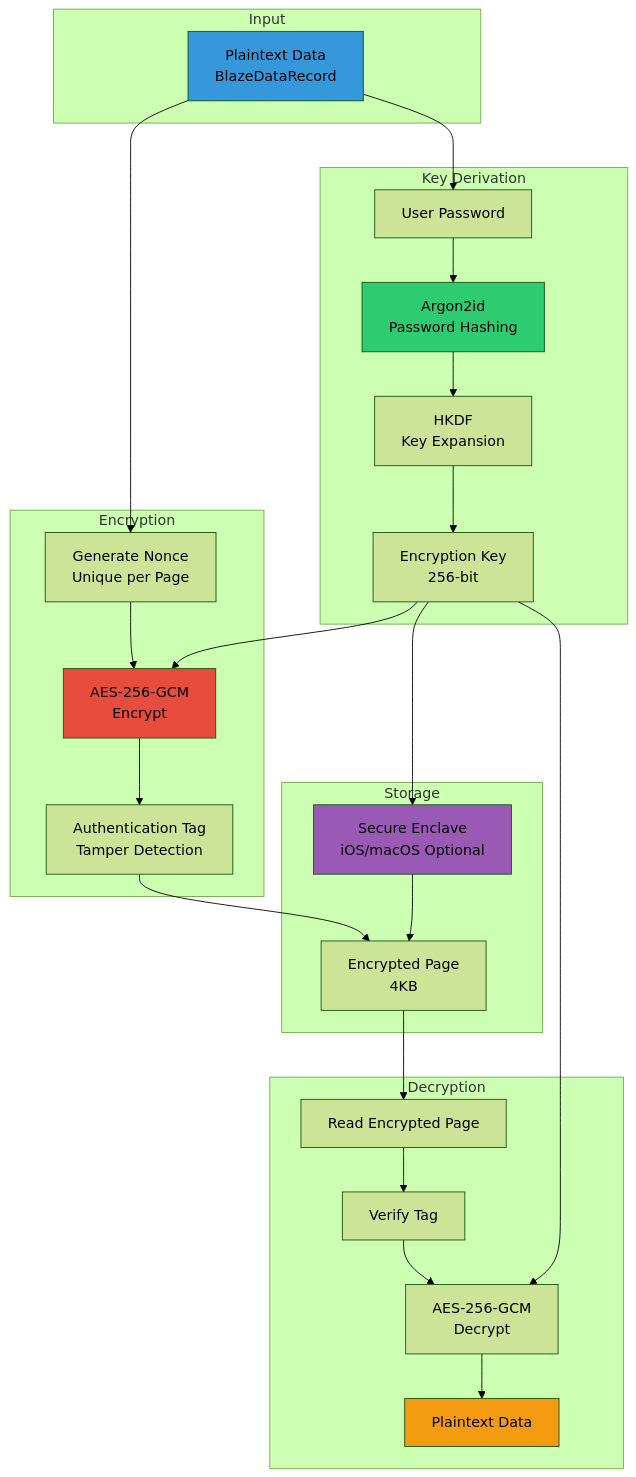
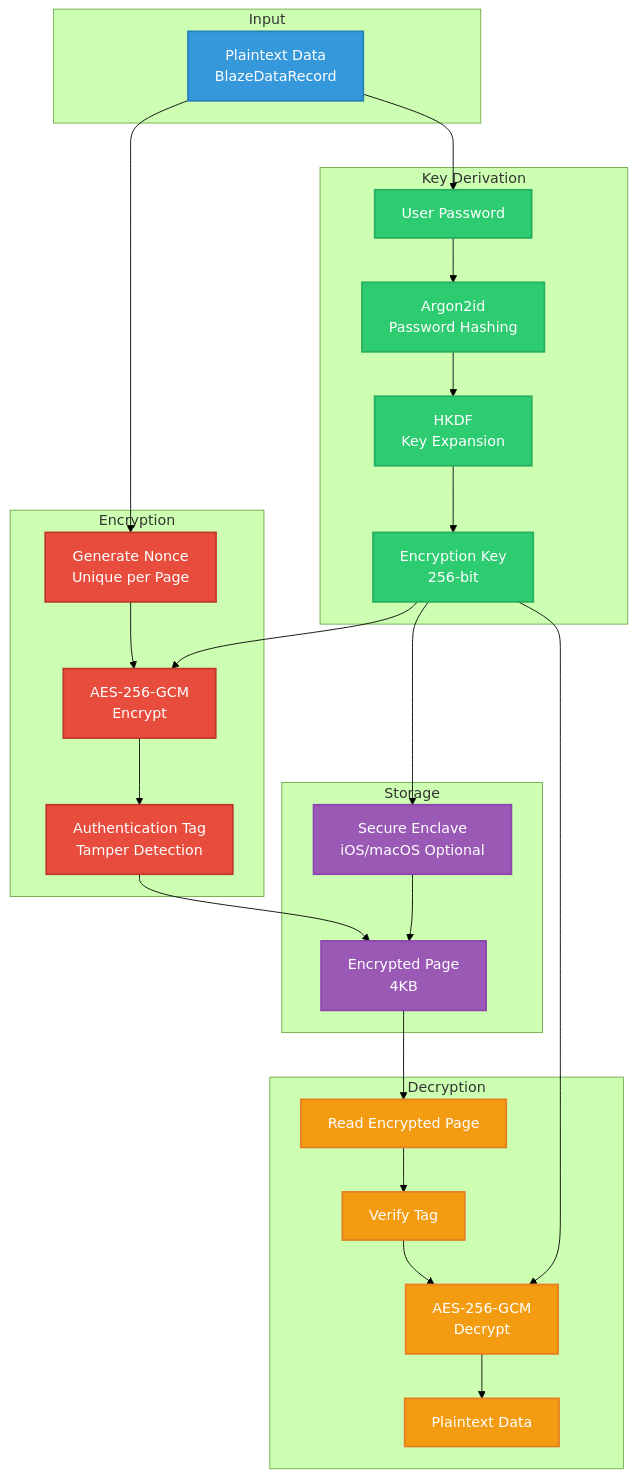
Before and after one commit to Mikedan37/BlazeDB: the eighth of 8 diagrams in README.md, drawn with Mermaid (forest theme). The commit also changed other lines of this file, not shown here.

First line of the commit message:
Fix Mermaid diagram syntax errors and improve styling

````diff
--- a/README.md
+++ b/README.md
@@ -657,57 +694,63 @@
 ```mermaid
 graph TB
-    subgraph "Input"
-        I1[Plaintext Data<br/>BlazeDataRecord]
+    subgraph Input["Input"]
+        I1["Plaintext Data<br/>BlazeDataRecord"]
     end
     
-    subgraph "Key Derivation"
-        K1[User Password]
-        K2[Argon2id<br/>Password Hashing]
-        K3[HKDF<br/>Key Expansion]
-        K4[Encryption Key<br/>256-bit]
+    subgraph KeyDeriv["Key Derivation"]
+        K1["User Password"]
+        K2["Argon2id<br/>Password Hashing"]
+        K3["HKDF<br/>Key Expansion"]
+        K4["Encryption Key<br/>256-bit"]
     end
     
-    subgraph "Encryption"
-        E1[Generate Nonce<br/>Unique per Page]
-        E2[AES-256-GCM<br/>Encrypt]
-        E3[Authentication Tag<br/>Tamper Detection]
+    subgraph Encryption["Encryption"]
+        E1["Generate Nonce<br/>Unique per Page"]
+        E2["AES-256-GCM<br/>Encrypt"]
+        E3["Authentication Tag<br/>Tamper Detection"]
     end
     
-    subgraph "Storage"
-        S1[Encrypted Page<br/>4KB]
-        S2[Secure Enclave<br/>iOS/macOS Optional]
+    subgraph Storage["Storage"]
+        S1["Encrypted Page<br/>4KB"]
+        S2["Secure Enclave<br/>iOS/macOS Optional"]
     end
     
-    subgraph "Decryption"
-        D1[Read Encrypted Page]
-        D2[Verify Tag]
-        D3[AES-256-GCM<br/>Decrypt]
-        D4[Plaintext Data]
+    subgraph Decryption["Decryption"]
+        D1["Read Encrypted Page"]
+        D2["Verify Tag"]
+        D3["AES-256-GCM<br/>Decrypt"]
+        D4["Plaintext Data"]
     end
     
     I1 --> K1
     K1 --> K2
     K2 --> K3
     K3 --> K4
     
     I1 --> E1
     E1 --> E2
     K4 --> E2
     E2 --> E3
     
     E3 --> S1
     K4 --> S2
     S2 --> S1
     
     S1 --> D1
     D1 --> D2
     D2 --> D3
     K4 --> D3
     D3 --> D4
     
-    style I1 fill:#3498db
-    style K2 fill:#2ecc71
-    style E2 fill:#e74c3c
-    style S2 fill:#9b59b6
-    style D4 fill:#f39c12
+    classDef input fill:#3498db,stroke:#2980b9,stroke-width:2px,color:#fff
+    classDef key fill:#2ecc71,stroke:#27ae60,stroke-width:2px,color:#fff
+    classDef encrypt fill:#e74c3c,stroke:#c0392b,stroke-width:2px,color:#fff
+    classDef storage fill:#9b59b6,stroke:#8e44ad,stroke-width:2px,color:#fff
+    classDef decrypt fill:#f39c12,stroke:#e67e22,stroke-width:2px,color:#fff
+    
+    class I1 input
+    class K1,K2,K3,K4 key
+    class E1,E2,E3 encrypt
+    class S1,S2 storage
+    class D1,D2,D3,D4 decrypt
 ```
````
